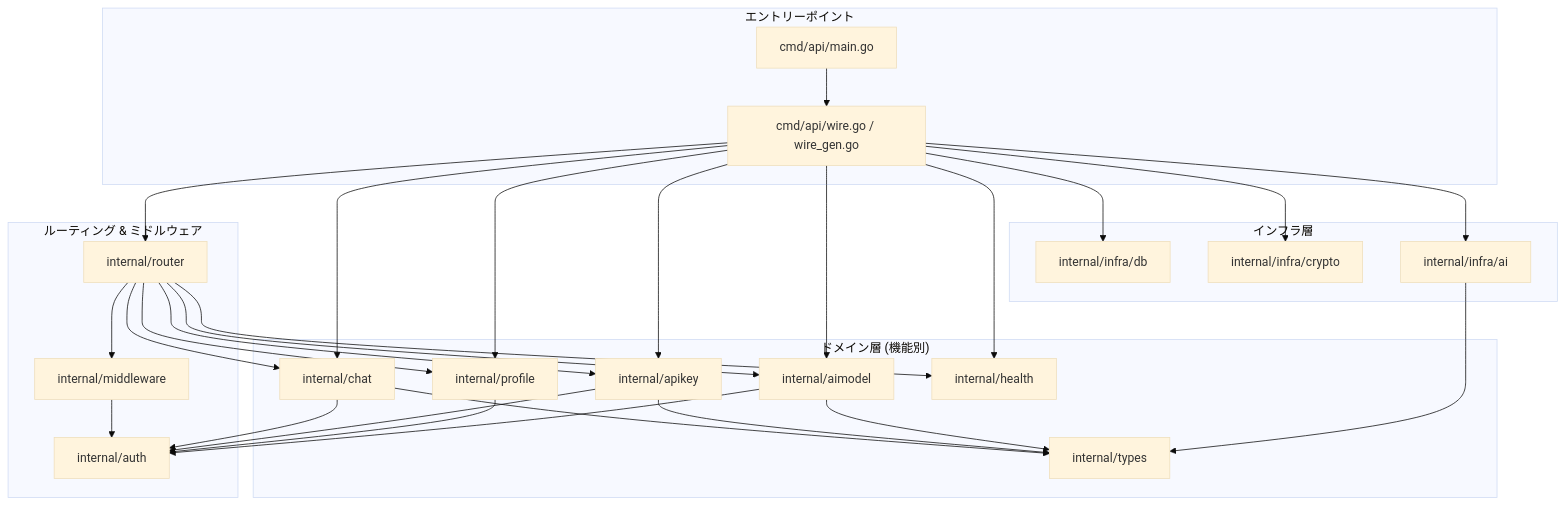
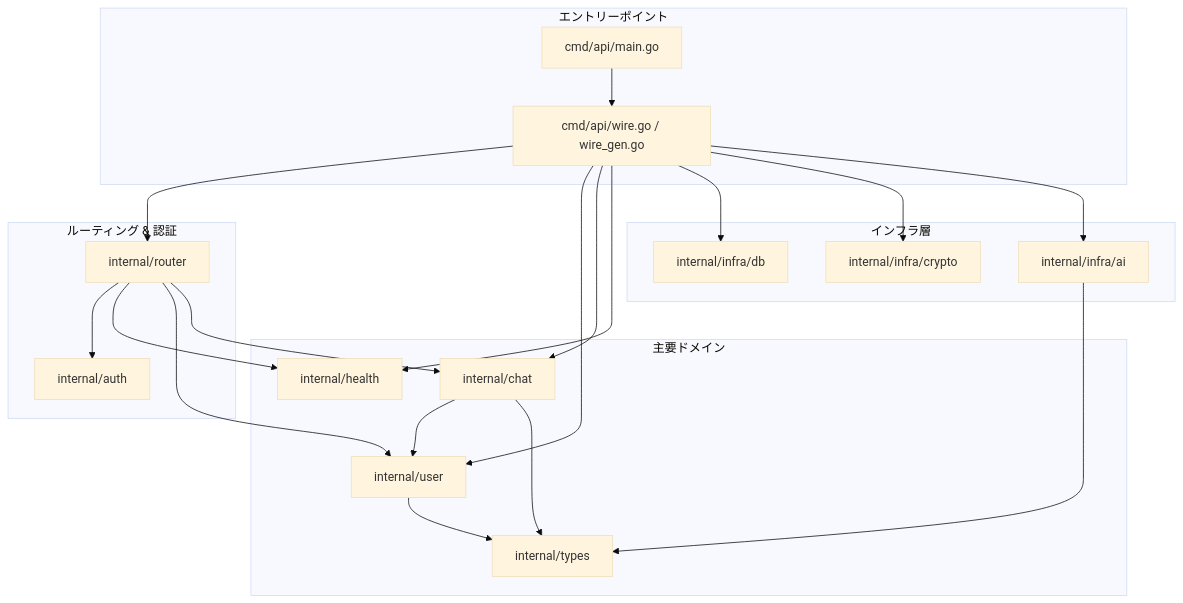
One commit to NAoMi-1242/study-gin-clerk changed the first of 7 diagrams in ARCHITECTURE.md. Above: the diagram before and after it, drawn with Mermaid (base theme). The commit also changed other lines of this file and 32 other files, not shown here.

First line of the commit message:
refactor: remove profile package and integrate user management

````diff
--- a/ARCHITECTURE.md
+++ b/ARCHITECTURE.md
@@ -263,57 +250,44 @@
 ```mermaid
 graph TD
     subgraph "エントリーポイント"
         main["cmd/api/main.go"]
         wire["cmd/api/wire.go / wire_gen.go"]
     end
 
-    subgraph "ルーティング & ミドルウェア"
+    subgraph "ルーティング & 認証"
         router["internal/router"]
-        middleware["internal/middleware"]
         auth["internal/auth"]
     end
 
-    subgraph "ドメイン層 (機能別)"
+    subgraph "主要ドメイン"
+        user["internal/user"]
         chat["internal/chat"]
-        apikey["internal/apikey"]
-        profile["internal/profile"]
-        aimodel["internal/aimodel"]
         health["internal/health"]
         types["internal/types"]
     end
 
     subgraph "インフラ層"
         db["internal/infra/db"]
         crypto["internal/infra/crypto"]
         ai["internal/infra/ai"]
     end
 
     main --> wire
     wire --> router
+    wire --> user
     wire --> chat
-    wire --> apikey
-    wire --> profile
-    wire --> aimodel
     wire --> health
     wire --> db
     wire --> crypto
     wire --> ai
 
-    router --> middleware
+    router --> auth
     router --> health
-    router --> profile
-    router --> apikey
-    router --> aimodel
+    router --> user
     router --> chat
 
-    middleware --> auth
-    chat --> auth
-    apikey --> auth
-    profile --> auth
-    aimodel --> auth
-
+    chat --> user
     chat --> types
-    apikey --> types
-    aimodel --> types
+    user --> types
     ai --> types
 ```
````
